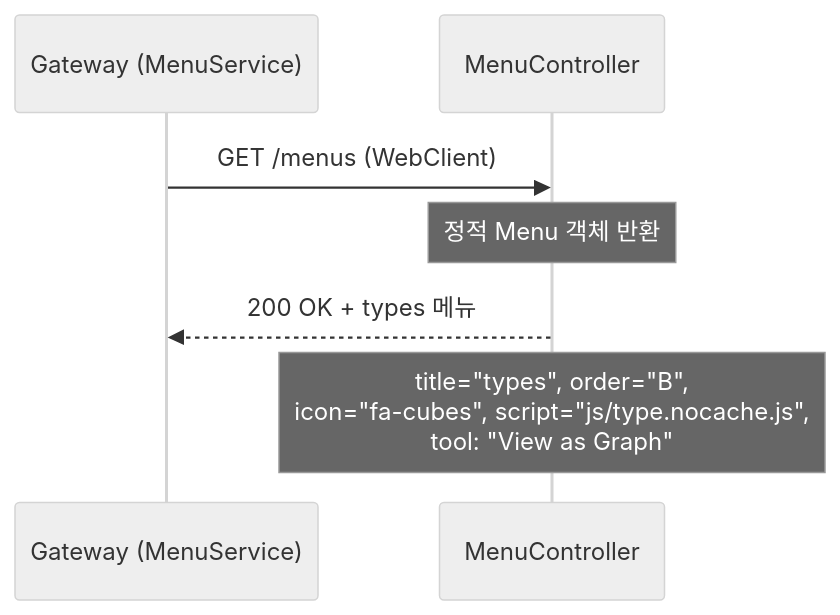
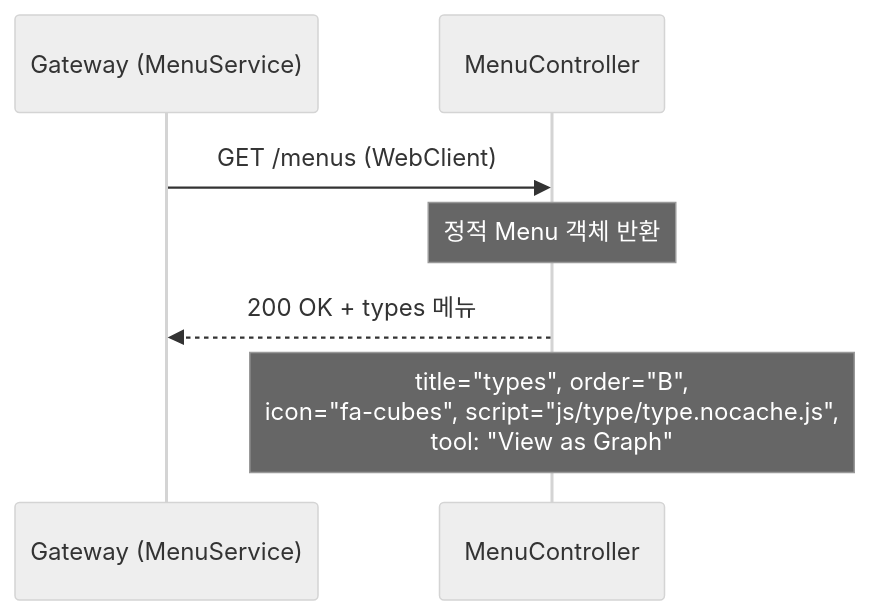
One commit to sayaya1090/handbook changed the third of 3 diagrams in search-type/USECASE.md. Above: the diagram before and after it, drawn with Mermaid (neutral theme). The commit also changed other lines of this file and 6 other files, not shown here.

````diff
--- a/search-type/USECASE.md
+++ b/search-type/USECASE.md
@@ -56,10 +56,10 @@
 ```mermaid
 sequenceDiagram
     participant GW as Gateway (MenuService)
     participant Ctrl as MenuController
 
     GW->>Ctrl: GET /menus (WebClient)
     Note over Ctrl: 정적 Menu 객체 반환
     Ctrl-->>GW: 200 OK + types 메뉴
-    Note over Ctrl: title="types", order="B",<br/>icon="fa-cubes", script="js/type.nocache.js",<br/>tool: "View as Graph"
+    Note over Ctrl: title="types", order="B",<br/>icon="fa-cubes", script="js/type/type.nocache.js",<br/>tool: "View as Graph"
 ```
````
